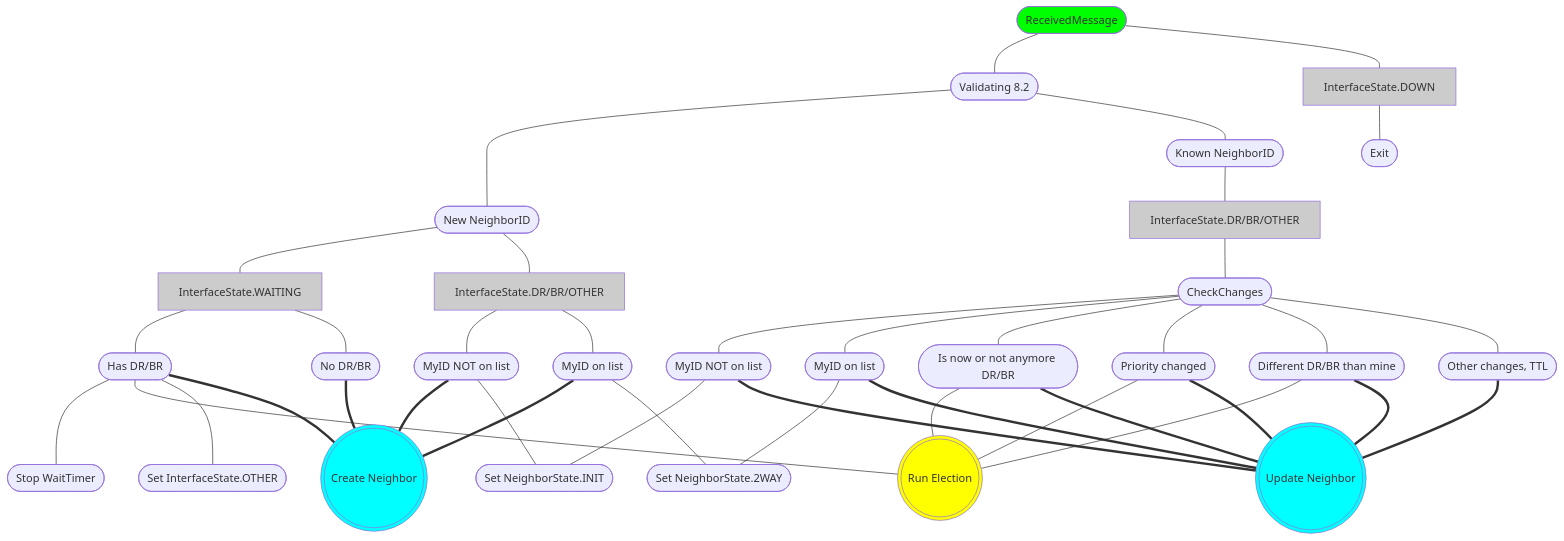
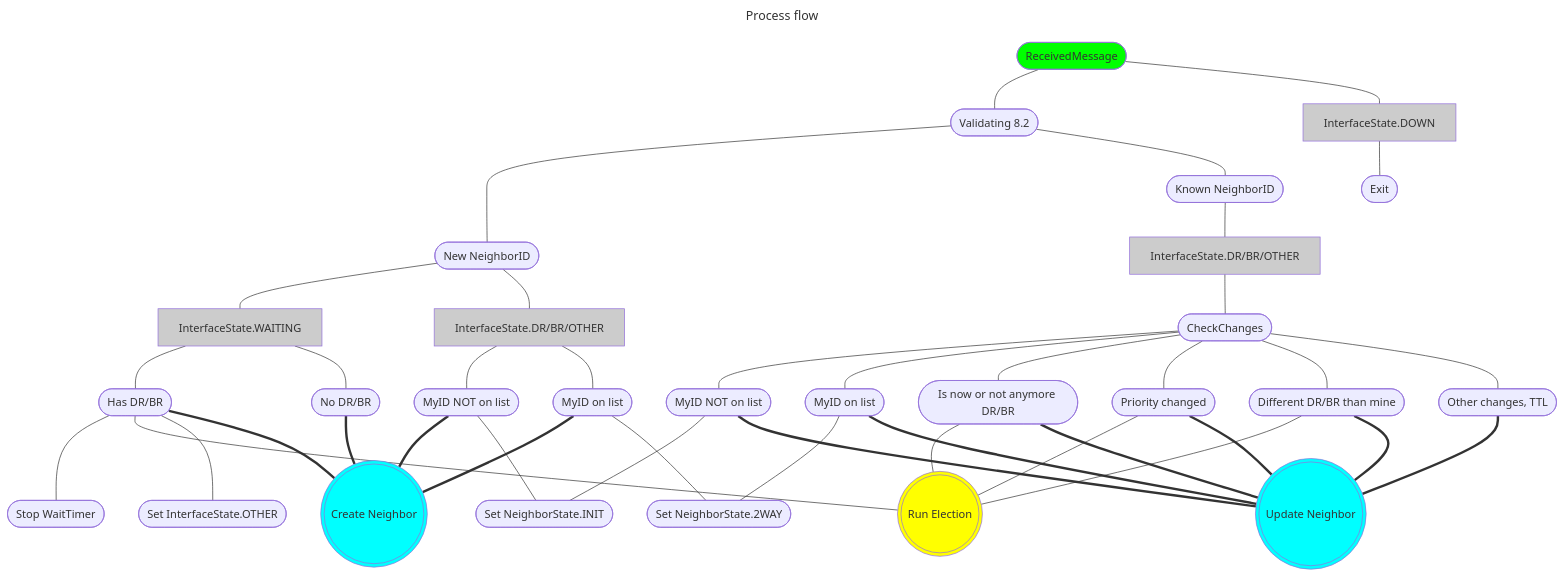
The second of 2 diagrams in Documentation/Graphs/NeighborManager.md (aniemela-cloud/uh-ds-g9-project), drawn with Mermaid before and after one commit. The commit also changed other lines of this file, not shown here.

````diff
--- a/Documentation/Graphs/NeighborManager.md
+++ b/Documentation/Graphs/NeighborManager.md
@@ -3,6 +114,6 @@
 ```mermaid
 ---
-title: 
+title: Process flow
 ---
 flowchart TB
     A([ReceivedMessage])
````
